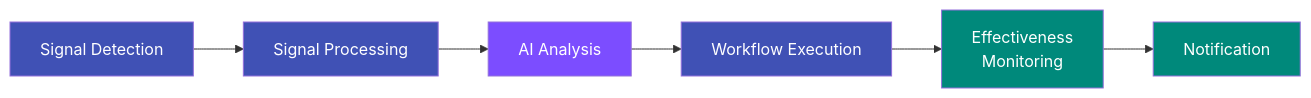
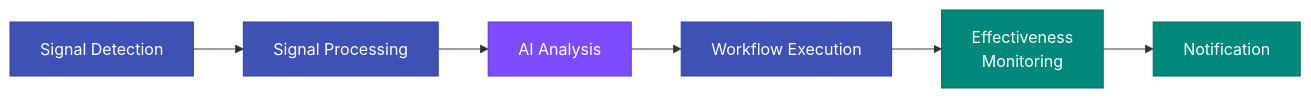
One commit to jordigilh/kubernaut-docs changed the diagram in docs/index.md. Above: the diagram before and after it, drawn with Mermaid. The commit also changed other lines of this file and 2 other files, not shown here.

Commit message:
docs: fix Mermaid dark mode, remove incorrect execution descriptions
- Add extra.css with transparent Mermaid background for dark mode
- Add stroke colors to pipeline diagram nodes for better contrast
- Remove "single-step" qualifier from Kubernetes Jobs
- Remove "optional human approval gates" from Flexible Execution row and
  step 4 — approval gates are already covered under Safety-First Design

Made-with: Cursor

````diff
--- a/docs/index.md
+++ b/docs/index.md
@@ -75,15 +75,16 @@
 ```mermaid
 graph LR
     A[Signal Detection] --> B[Signal Processing]
     B --> C[AI Analysis]
     C --> D[Workflow Execution]
     D --> E[Effectiveness<br/>Monitoring]
     E --> F[Notification]
 
-    style A fill:#4051b5,color:#fff
-    style B fill:#4051b5,color:#fff
-    style C fill:#7c4dff,color:#fff
-    style D fill:#4051b5,color:#fff
-    style E fill:#00897b,color:#fff
-    style F fill:#00897b,color:#fff
+    classDef core fill:#4051b5,stroke:#3040a0,color:#fff
+    classDef ai fill:#7c4dff,stroke:#6030dd,color:#fff
+    classDef closing fill:#00897b,stroke:#006b60,color:#fff
+
+    class A,B,D core
+    class C ai
+    class E,F closing
 ```
````
